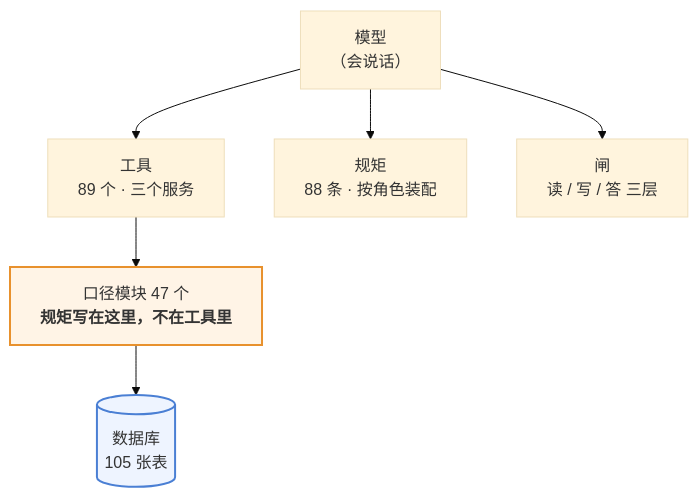
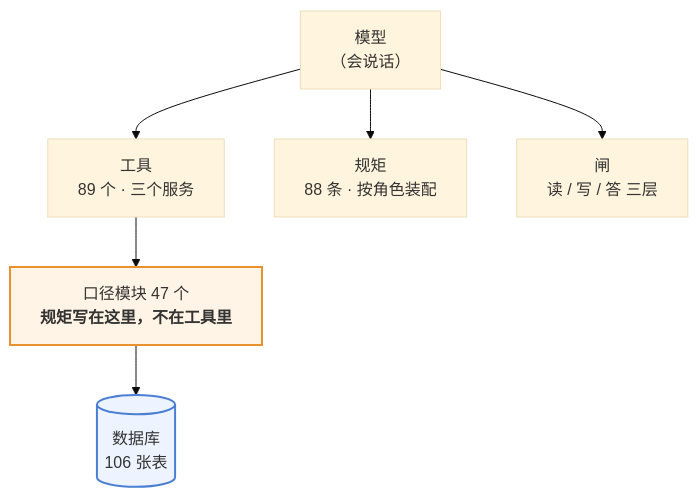
Before and after one commit to 843773296-rgb/lanxiu-yunshang-agent: the first of 3 diagrams in 澜绣云裳agent-产品说明.md, drawn with Mermaid (base theme). The commit also changed other lines of this file and 24 other files, not shown here.

````diff
--- a/澜绣云裳agent-产品说明.md
+++ b/澜绣云裳agent-产品说明.md
@@ -62,12 +62,12 @@
 ```mermaid
 flowchart TD
     M["模型<br/>（会说话）"]
     M --> T["工具<br/>89 个 · 三个服务"]
     M --> R["规矩<br/>88 条 · 按角色装配"]
     M --> G["闸<br/>读 / 写 / 答 三层"]
     T --> K["口径模块 47 个<br/><b>规矩写在这里，不在工具里</b>"]
-    K --> DB[("数据库<br/>105 张表")]
+    K --> DB[("数据库<br/>106 张表")]
 
     style K fill:#fff4e6,stroke:#e8912d,stroke-width:2px
     style DB fill:#eef4ff,stroke:#4a7fd4,stroke-width:2px
 ```
````
